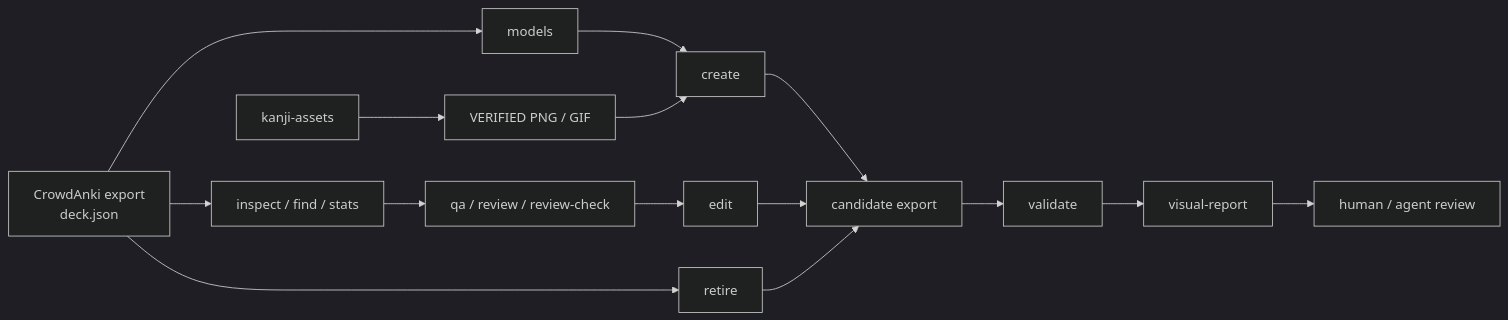
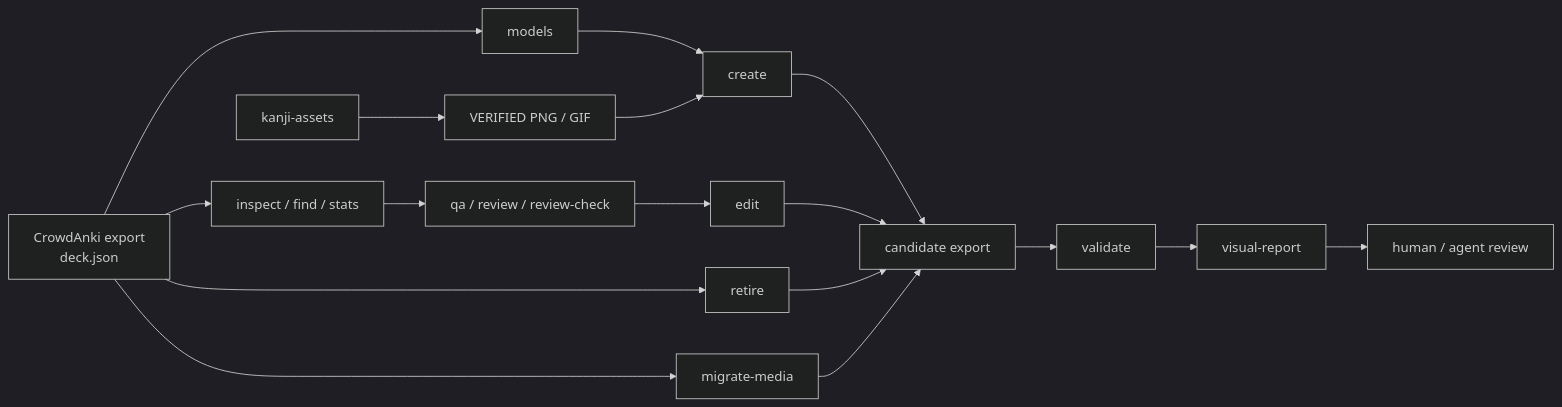
Before and after one commit to AliceLiddell01/Anki-decks: the diagram in README.md, drawn with Mermaid (dark theme). The commit also changed other lines of this file and 37 other files, not shown here.

````diff
--- a/README.md
+++ b/README.md
@@ -46,20 +46,22 @@
 ```mermaid
 flowchart LR
     A["CrowdAnki export<br/>deck.json"] --> B["inspect / find / stats"]
     A --> C["models"]
     B --> D["qa / review / review-check"]
     C --> E["create"]
     D --> F["edit"]
     A --> G["retire"]
+    A --> N["migrate-media"]
 
     H["kanji-assets"] --> I["VERIFIED PNG / GIF"]
     I --> E
 
     E --> J["candidate export"]
     F --> J
     G --> J
+    N --> J
 
     J --> K["validate"]
     K --> L["visual-report"]
     L --> M["human / agent review"]
 ```
````
